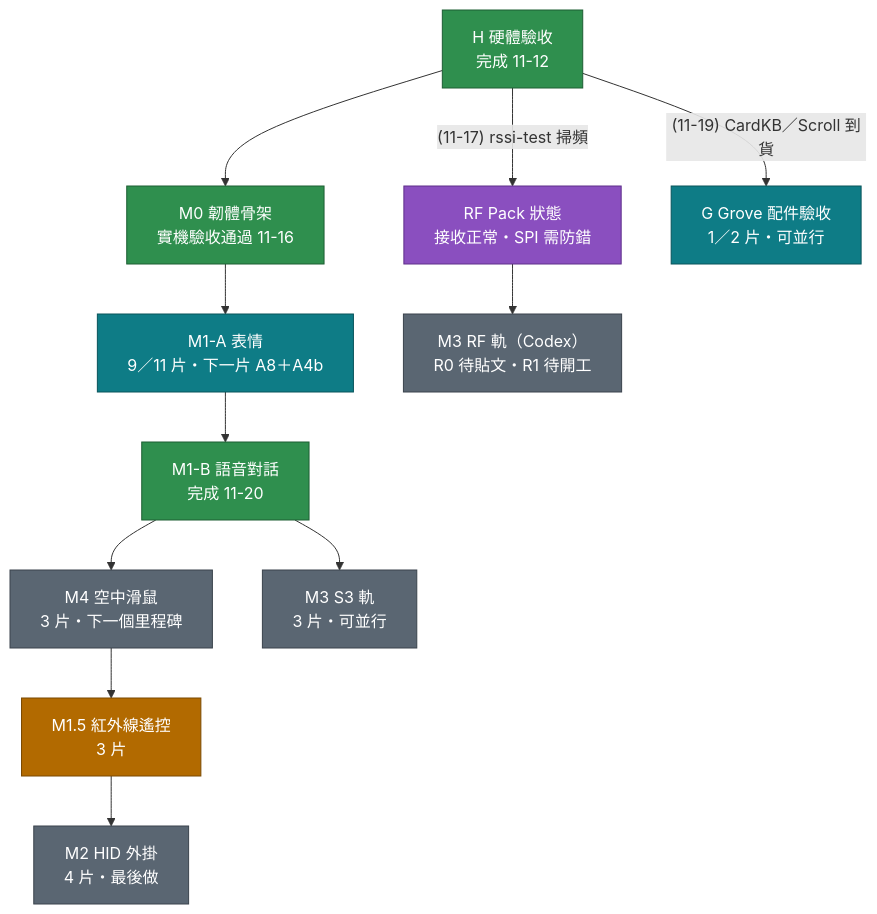
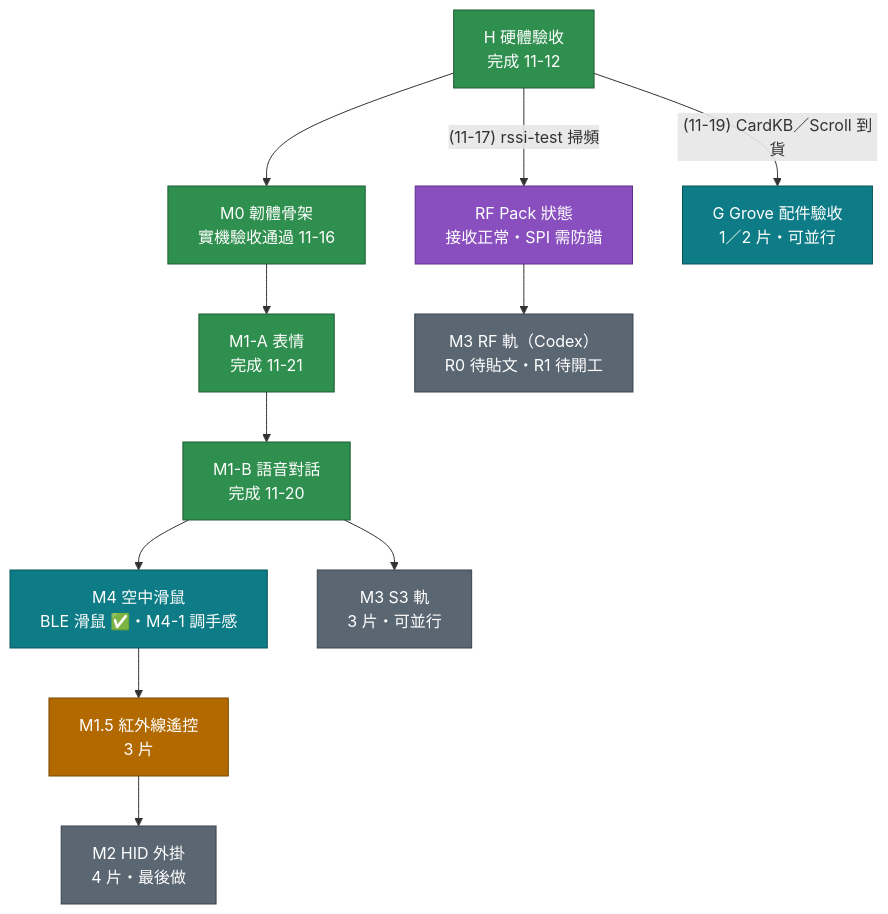
Before and after one commit to MilesYP/m5sticks3: the first of 2 diagrams in docs/StickS3 執行計劃.md, drawn with Mermaid. The commit also changed other lines of this file and 1 other file, not shown here.

Commit message:
docs: sync plan/progress (M4 BLE done, M4-1 tuning), Codex co-maintenance + M4-1 handoff
Claude-Session: https://claude.ai/code/session_01Nvjg2C93YMXHjqi2LirrFH

````diff
--- a/docs/StickS3 執行計劃.md
+++ b/docs/StickS3 執行計劃.md
@@ -29,31 +31,31 @@
 ```mermaid
 flowchart TD
     H["H 硬體驗收<br>完成 11-12"]
     M0["M0 韌體骨架<br>實機驗收通過 11-16"]
-    M1A["M1-A 表情<br>9／11 片・下一片 A8＋A4b"]
+    M1A["M1-A 表情<br>完成 11-21"]
     M1B["M1-B 語音對話<br>完成 11-20"]
     M15["M1.5 紅外線遙控<br>3 片"]
-    M4["M4 空中滑鼠<br>3 片・下一個里程碑"]
+    M4["M4 空中滑鼠<br>BLE 滑鼠 ✅・M4-1 調手感"]
     M2["M2 HID 外掛<br>4 片・最後做"]
     M3S["M3 S3 軌<br>3 片・可並行"]
     M3R["M3 RF 軌（Codex）<br>R0 待貼文・R1 待開工"]
     RS["RF Pack 狀態<br>接收正常・SPI 需防錯"]
     G["G Grove 配件驗收<br>1／2 片・可並行"]
 
     H --> M0 --> M1A --> M1B --> M4 --> M15 --> M2
     M1B --> M3S
     H -->|"(11-17) rssi-test 掃頻"| RS --> M3R
     H -->|"(11-19) CardKB／Scroll 到貨"| G
 
     classDef done fill:#2f8f4e,color:#ffffff,stroke:#1d5e33
     classDef doing fill:#0e7c86,color:#ffffff,stroke:#08545b
     classDef next fill:#b26a00,color:#ffffff,stroke:#7a4900
     classDef todo fill:#5a6672,color:#ffffff,stroke:#3a434c
     classDef gate fill:#8a4fbf,color:#ffffff,stroke:#5e2f8a
-    class H,M0,M1B done
-    class M1A doing
+    class H,M0,M1A,M1B done
+    class M4 doing
     class M15 next
     class G doing
-    class M4,M2,M3S,M3R todo
+    class M2,M3S,M3R todo
     class RS gate
 ```
````
